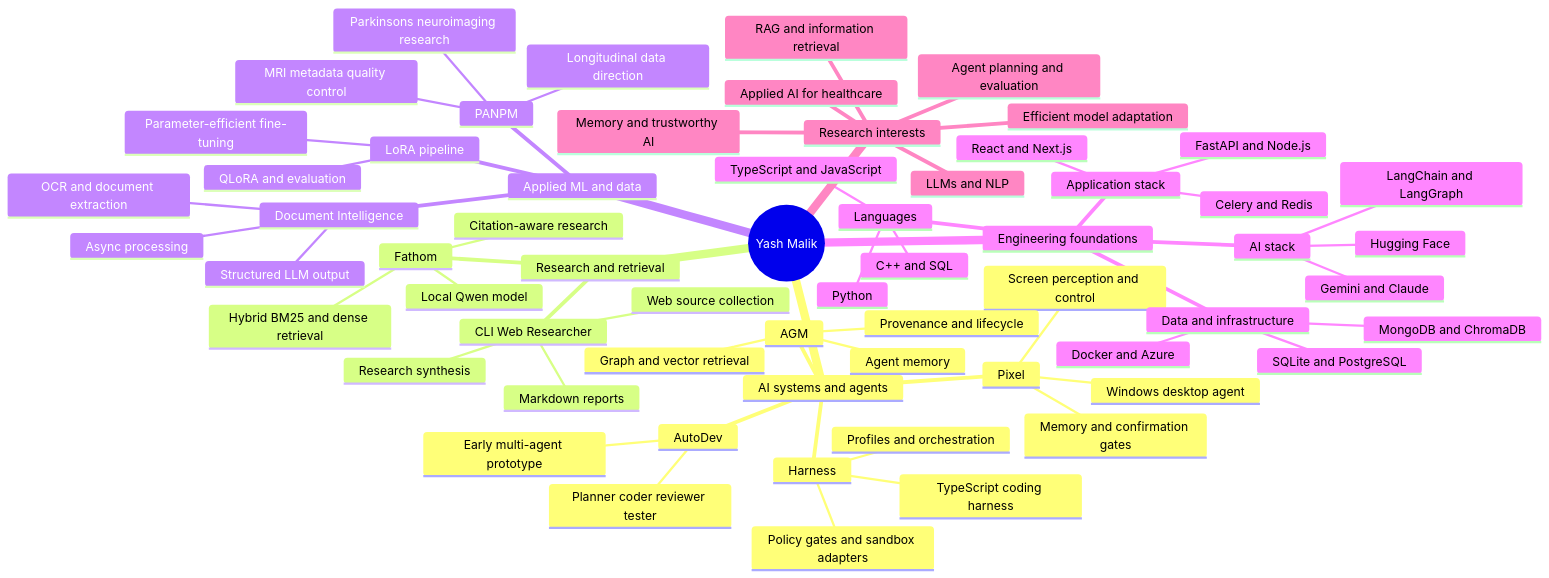
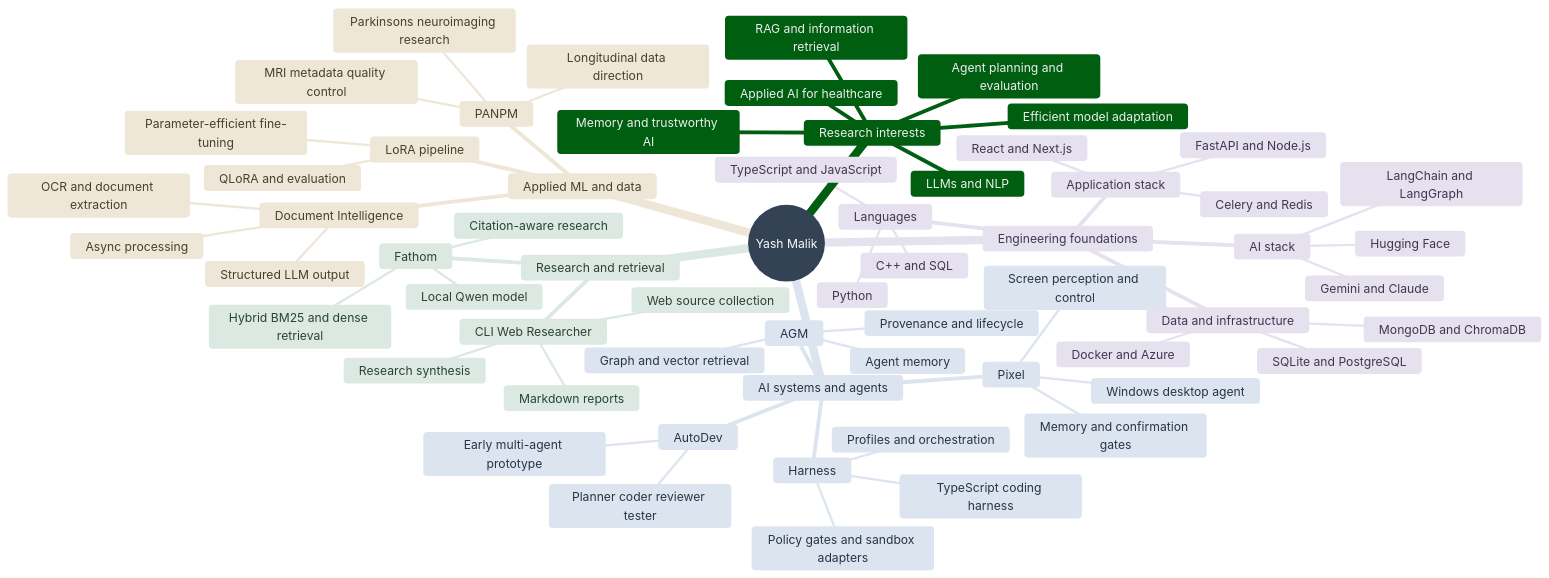
The diagram in README.md (yash936936/yash936936), drawn with Mermaid before and after one commit. The commit also changed other lines of this file, not shown here.

Commit message:
Remove repository snapshot dates and soften Big Picture colors

````diff
--- a/README.md
+++ b/README.md
@@ -155,4 +155,24 @@
 ```mermaid
+---
+config:
+  theme: base
+  mindmap:
+    colorBy: depth
+  themeVariables:
+    background: '#0D1117'
+    darkMode: true
+    git0: '#344256'
+    gitBranchLabel0: '#F8FAFC'
+    cScaleLabel0: '#253247'
+    cScale1: '#DCE5EF'
+    cScaleLabel1: '#263548'
+    cScale2: '#DCE9E2'
+    cScaleLabel2: '#2B4337'
+    cScale3: '#EEE6D6'
+    cScaleLabel3: '#4B4030'
+    cScale4: '#E5E1EF'
+    cScaleLabel4: '#40384F'
+---
 mindmap
   root((Yash Malik))
     AI systems and agents
````
